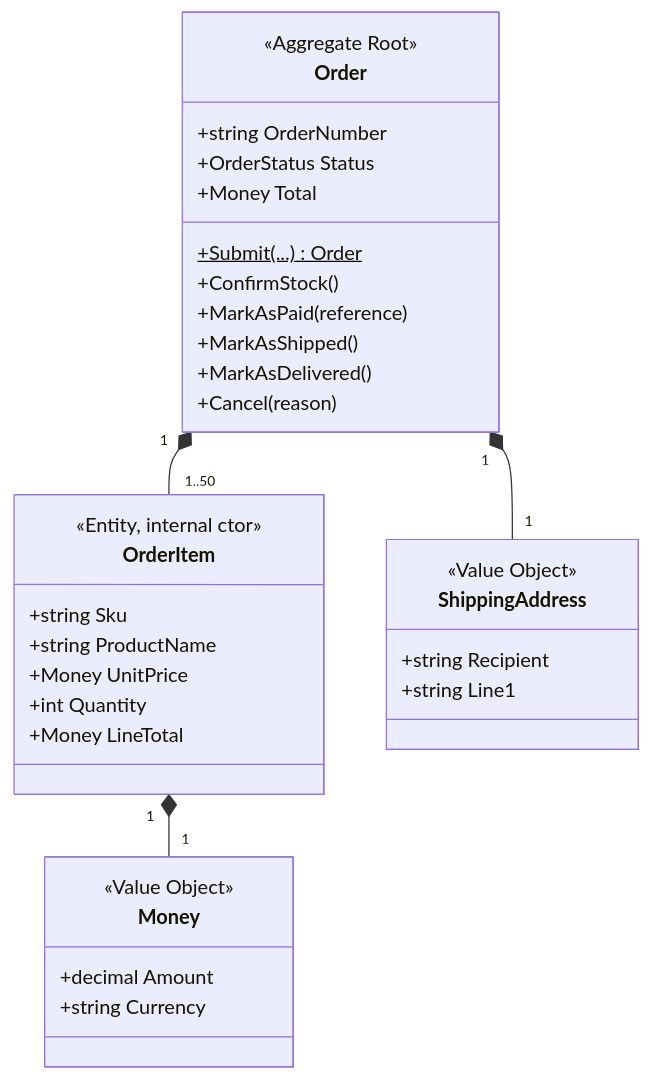
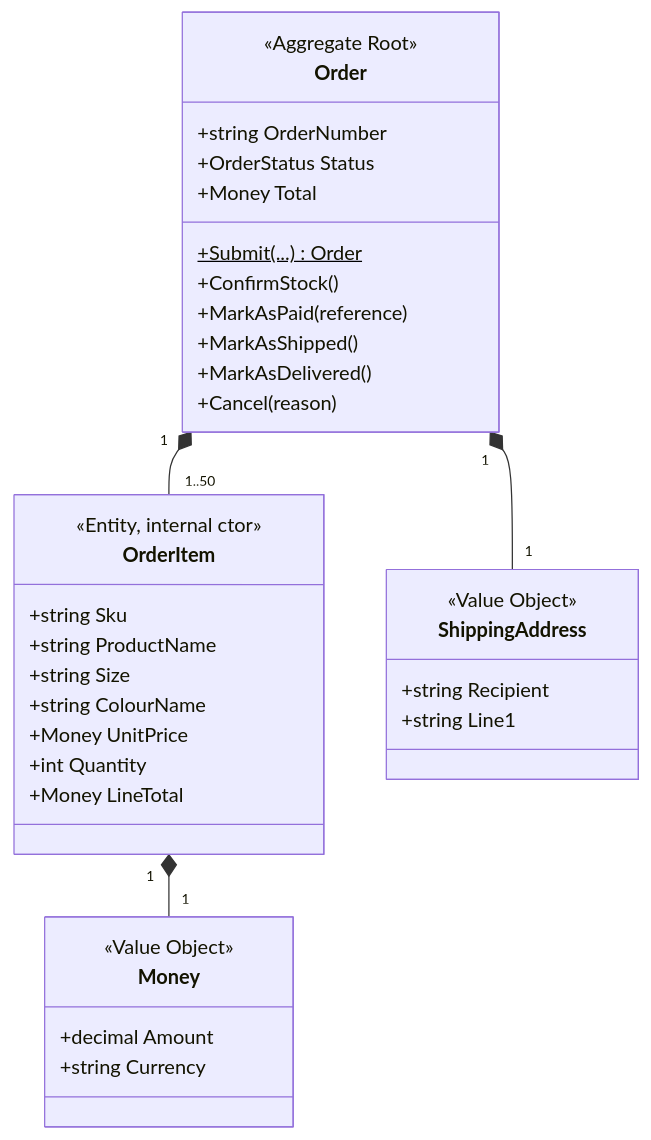
Before and after one commit to rakshins10/E-Commerce: the diagram in docs/services/ordering.md, drawn with Mermaid. The commit also changed other lines of this file and 23 other files, not shown here.

````diff
--- a/docs/services/ordering.md
+++ b/docs/services/ordering.md
@@ -39,36 +39,38 @@
 ```mermaid
 classDiagram
     class Order {
         <<Aggregate Root>>
         +string OrderNumber
         +OrderStatus Status
         +Money Total
         +Submit(...)$ Order
         +ConfirmStock()
         +MarkAsPaid(reference)
         +MarkAsShipped()
         +MarkAsDelivered()
         +Cancel(reason)
     }
     class OrderItem {
         <<Entity, internal ctor>>
         +string Sku
         +string ProductName
+        +string Size
+        +string ColourName
         +Money UnitPrice
         +int Quantity
         +Money LineTotal
     }
     class Money {
         <<Value Object>>
         +decimal Amount
         +string Currency
     }
     class ShippingAddress {
         <<Value Object>>
         +string Recipient
         +string Line1
     }
     Order "1" *-- "1..50" OrderItem
     Order "1" *-- "1" ShippingAddress
     OrderItem "1" *-- "1" Money
 ```
````
